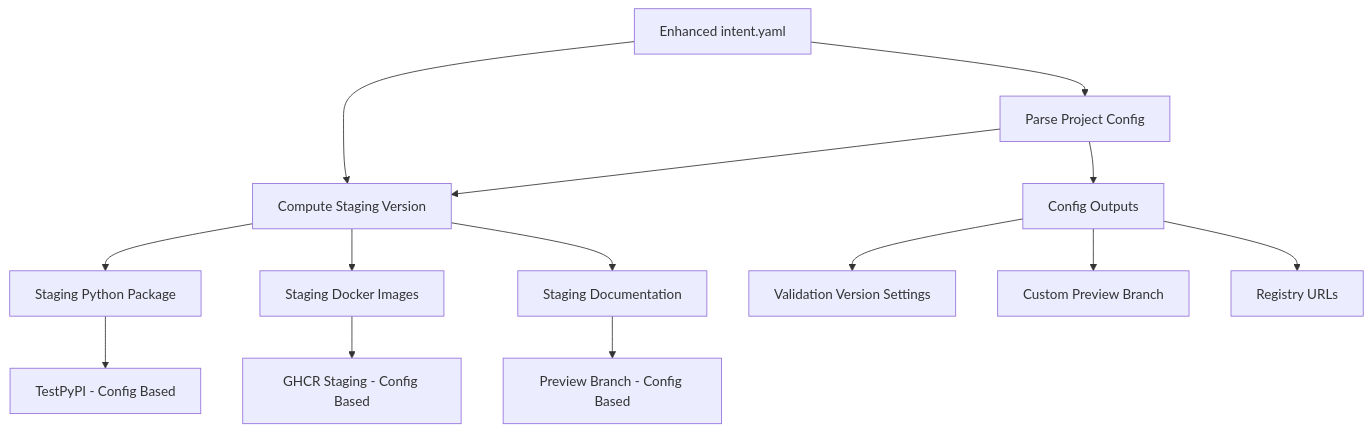
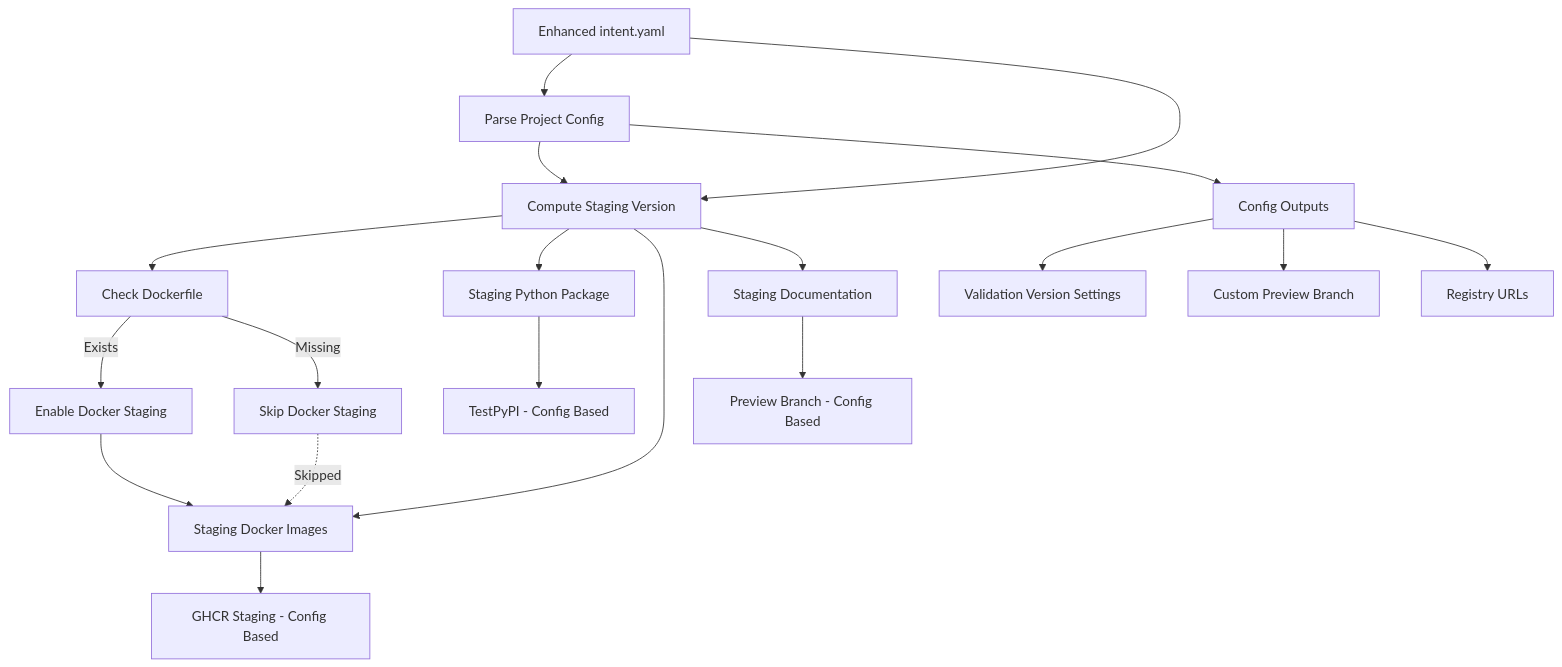
The third of 8 diagrams in docs/contents/development/ci-cd/release-system.mdx (Chisanan232/slack-mcp-server), drawn with Mermaid before and after one commit. The commit also changed other lines of this file, not shown here.

Commit message:
✏️ Update the document content details about the CD changes of Dockerfile checking in the template repo.

````diff
--- a/docs/contents/development/ci-cd/release-system.mdx
+++ b/docs/contents/development/ci-cd/release-system.mdx
@@ -233,19 +305,26 @@
 ```mermaid
 graph TD
     A[Enhanced intent.yaml] --> B[Parse Project Config]
     A --> C[Compute Staging Version]
     B --> C
     
-    C --> D[Staging Python Package]
-    C --> E[Staging Docker Images]
-    C --> F[Staging Documentation]
+    C --> D[Check Dockerfile]
+    D -->|Exists| E[Enable Docker Staging]
+    D -->|Missing| F[Skip Docker Staging]
     
-    D --> G[TestPyPI - Config Based]
-    E --> H[GHCR Staging - Config Based]
-    F --> I[Preview Branch - Config Based]
+    C --> G[Staging Python Package]
+    C --> H[Staging Docker Images]
+    C --> I[Staging Documentation]
     
-    B --> J[Config Outputs]
-    J --> K[Validation Version Settings]
-    J --> L[Custom Preview Branch]
-    J --> M[Registry URLs]
+    E --> H
+    F -.->|Skipped| H
+    
+    G --> J[TestPyPI - Config Based]
+    H --> K[GHCR Staging - Config Based]
+    I --> L[Preview Branch - Config Based]
+    
+    B --> M[Config Outputs]
+    M --> N[Validation Version Settings]
+    M --> O[Custom Preview Branch]
+    M --> P[Registry URLs]
 ```
````
